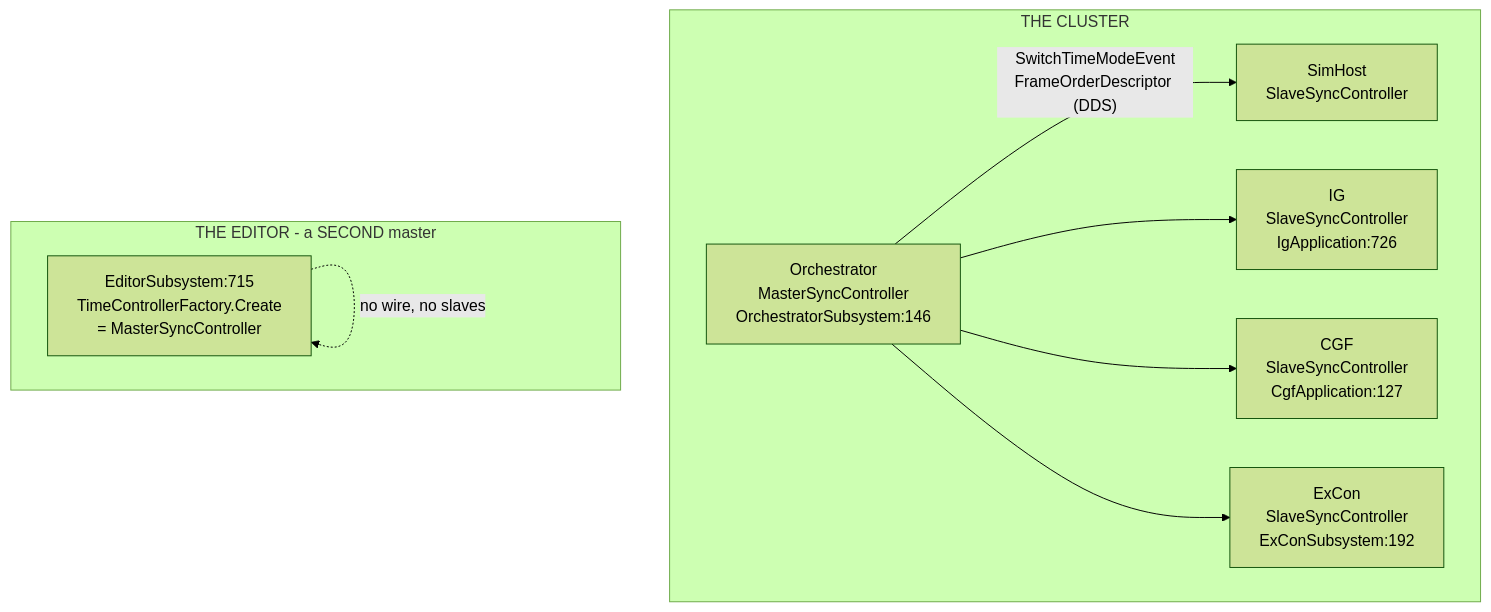
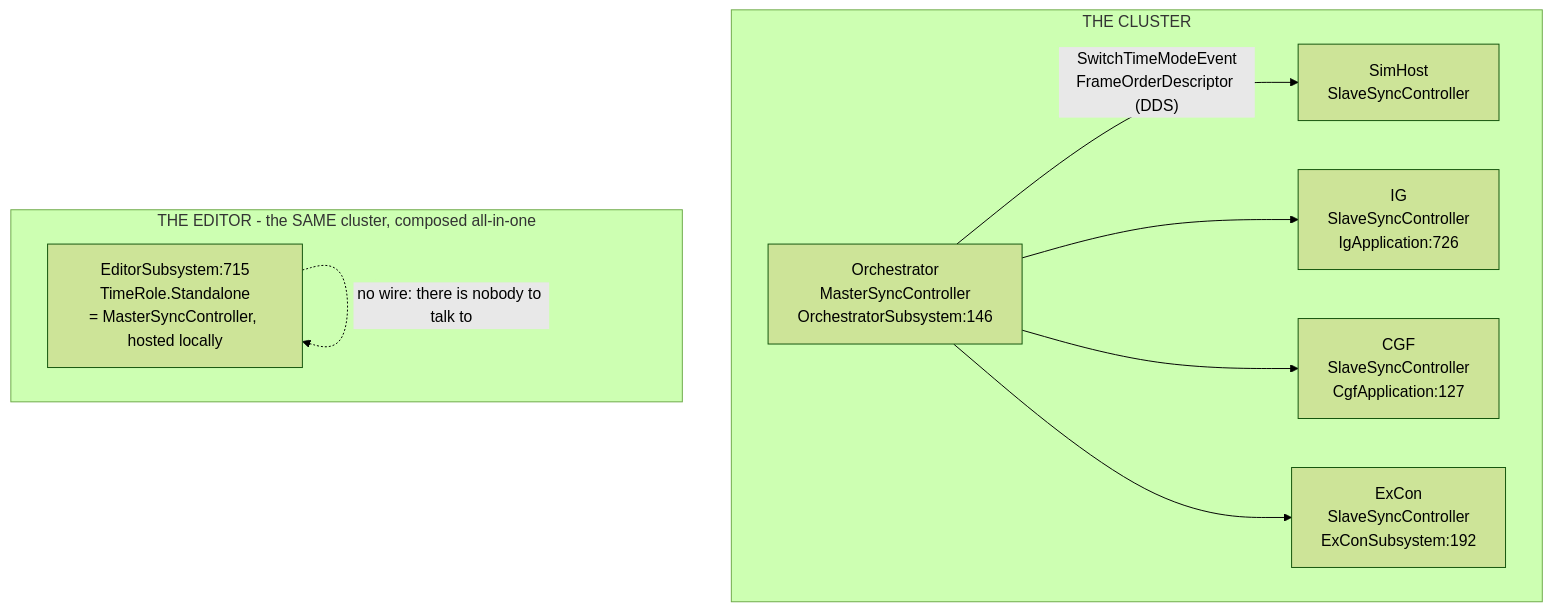
One commit to pjanec/HROT changed the first of 8 diagrams in docs/blueprints/DESIGN_Time_Control_And_Reporting.md. Above: the diagram before and after it, drawn with Mermaid (forest theme). The commit also changed other lines of this file, not shown here.

First line of the commit message:
design: the editor is the cluster (user correction), and the replay clock is mapped

````diff
--- a/docs/blueprints/DESIGN_Time_Control_And_Reporting.md
+++ b/docs/blueprints/DESIGN_Time_Control_And_Reporting.md
@@ -39,20 +39,20 @@
 ```mermaid
 graph TD
     subgraph Cluster["THE CLUSTER"]
         ORCH["Orchestrator<br/>MasterSyncController<br/>OrchestratorSubsystem:146"]
         SH["SimHost<br/>SlaveSyncController"]
         IG["IG<br/>SlaveSyncController<br/>IgApplication:726"]
         CGF["CGF<br/>SlaveSyncController<br/>CgfApplication:127"]
         EX["ExCon<br/>SlaveSyncController<br/>ExConSubsystem:192"]
         ORCH -->|"SwitchTimeModeEvent<br/>FrameOrderDescriptor (DDS)"| SH
         ORCH --> IG
         ORCH --> CGF
         ORCH --> EX
     end
 
-    subgraph Ed["THE EDITOR - a SECOND master"]
-        EDT["EditorSubsystem:715<br/>TimeControllerFactory.Create<br/>= MasterSyncController"]
+    subgraph Ed["THE EDITOR - the SAME cluster, composed all-in-one"]
+        EDT["EditorSubsystem:715<br/>TimeRole.Standalone<br/>= MasterSyncController, hosted locally"]
     end
 
-    EDT -.->|"no wire, no slaves"| EDT
+    EDT -.->|"no wire: there is nobody to talk to"| EDT
 ```
````
